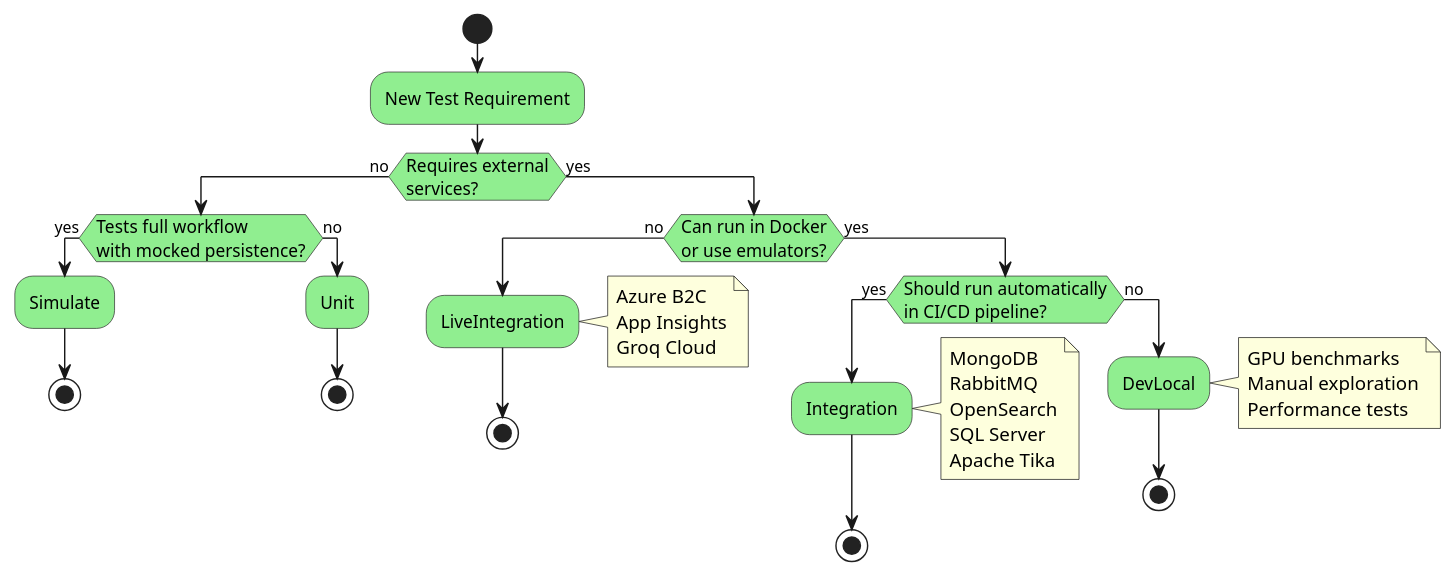
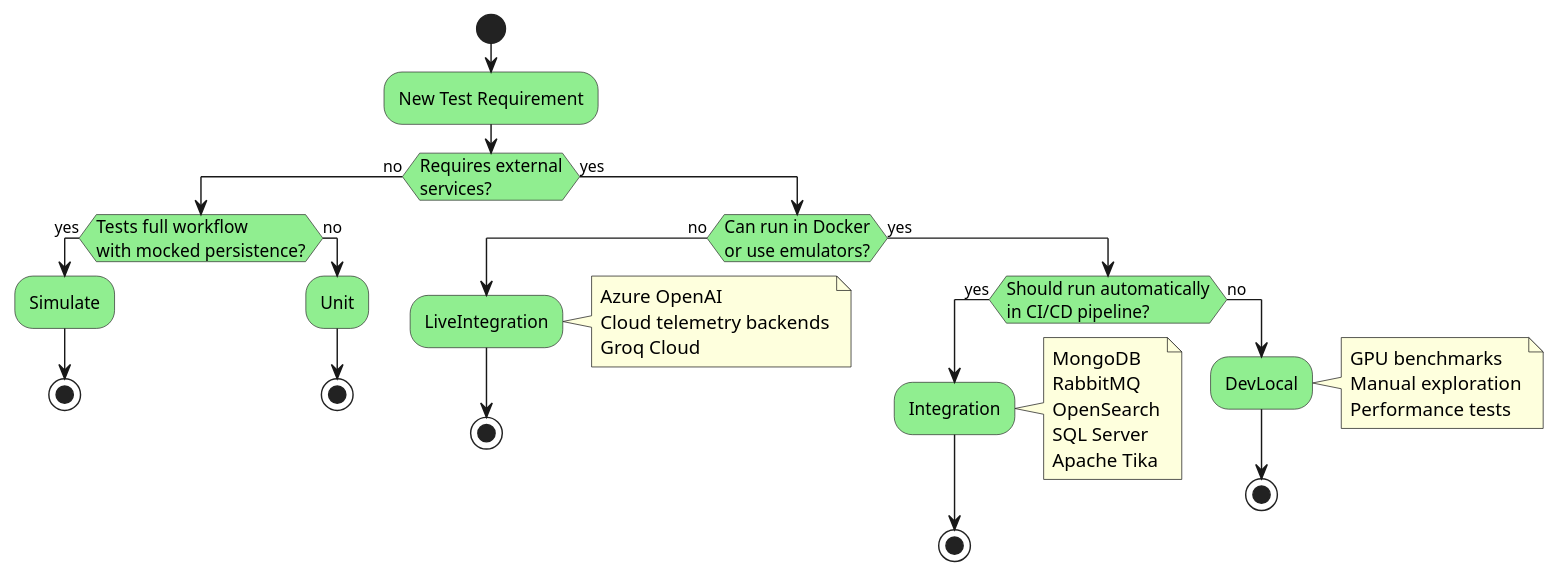
The diagram in docs/architecture/testing/testing-guidelines.md (OutOfBandDevelopment/dotex), drawn with PlantUML before and after one commit. The commit also changed other lines of this file and 11 other files, not shown here.

````diff
--- a/docs/architecture/testing/testing-guidelines.md
+++ b/docs/architecture/testing/testing-guidelines.md
@@ -88,53 +88,53 @@
 ```plantuml
 @startuml
 skinparam activityDiamondBackgroundColor #lightblue
 skinparam activityBackgroundColor #lightgreen
 skinparam activityBorderColor #333333
 skinparam activityFontSize 12
 
 start
 
 :New Test Requirement;
 
 if (Requires external\nservices?) then (no)
   if (Tests full workflow\nwith mocked persistence?) then (yes)
     :Simulate;
     stop
   else (no)
     :Unit;
     stop
   endif
 else (yes)
   if (Can run in Docker\nor use emulators?) then (no)
     :LiveIntegration;
     note right
-      Azure B2C
-      App Insights
+      Azure OpenAI
+      Cloud telemetry backends
       Groq Cloud
     end note
     stop
   else (yes)
     if (Should run automatically\nin CI/CD pipeline?) then (yes)
       :Integration;
       note right
         MongoDB
         RabbitMQ
         OpenSearch
         SQL Server
         Apache Tika
       end note
       stop
     else (no)
       :DevLocal;
       note right
         GPU benchmarks
         Manual exploration
         Performance tests
       end note
       stop
     endif
   endif
 endif
 
 @enduml
 ```
````
